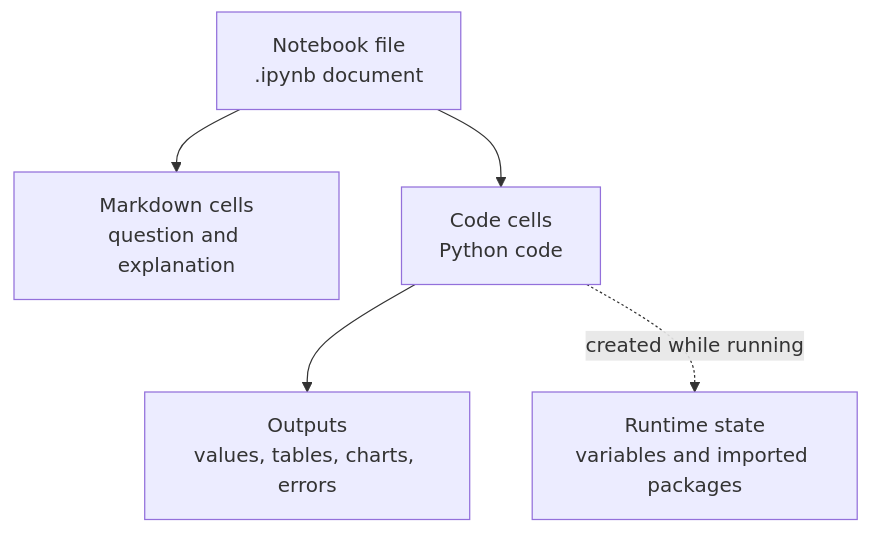
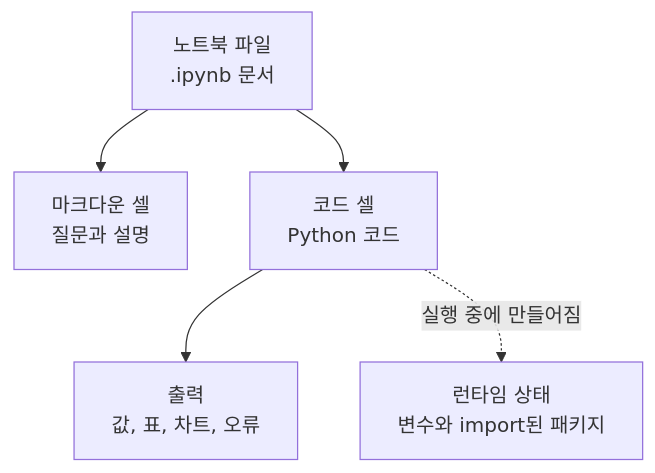
One commit to devchan64/AiBook changed the first of 3 diagrams in docs/parts/part-02/chapter-10/section-03.md. Above: the diagram before and after it, drawn with Mermaid. The commit also changed other lines of this file and 17 other files, not shown here.

Commit message:
docs: localize more part 2 mermaid diagrams

````diff
--- a/docs/parts/part-02/chapter-10/section-03.md
+++ b/docs/parts/part-02/chapter-10/section-03.md
@@ -80,13 +80,13 @@
 ```mermaid
 flowchart TB
-  A["Notebook file<br/>.ipynb document"]
-  B["Markdown cells<br/>question and explanation"]
-  C["Code cells<br/>Python code"]
-  D["Outputs<br/>values, tables, charts, errors"]
-  E["Runtime state<br/>variables and imported packages"]
+  A["노트북 파일<br/>.ipynb 문서"]
+  B["마크다운 셀<br/>질문과 설명"]
+  C["코드 셀<br/>Python 코드"]
+  D["출력<br/>값, 표, 차트, 오류"]
+  E["런타임 상태<br/>변수와 import된 패키지"]
 
   A --> B
   A --> C
   C --> D
-  C -. "created while running" .-> E
+  C -. "실행 중에 만들어짐" .-> E
 ```
````
